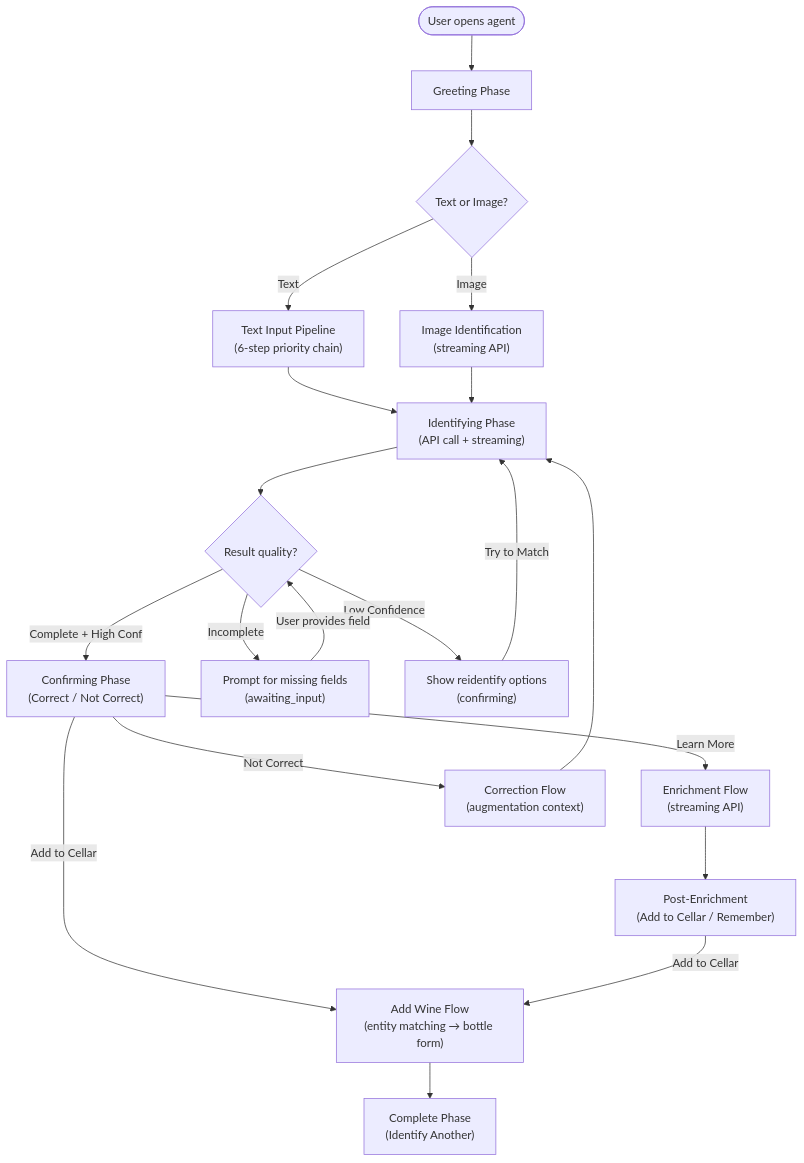
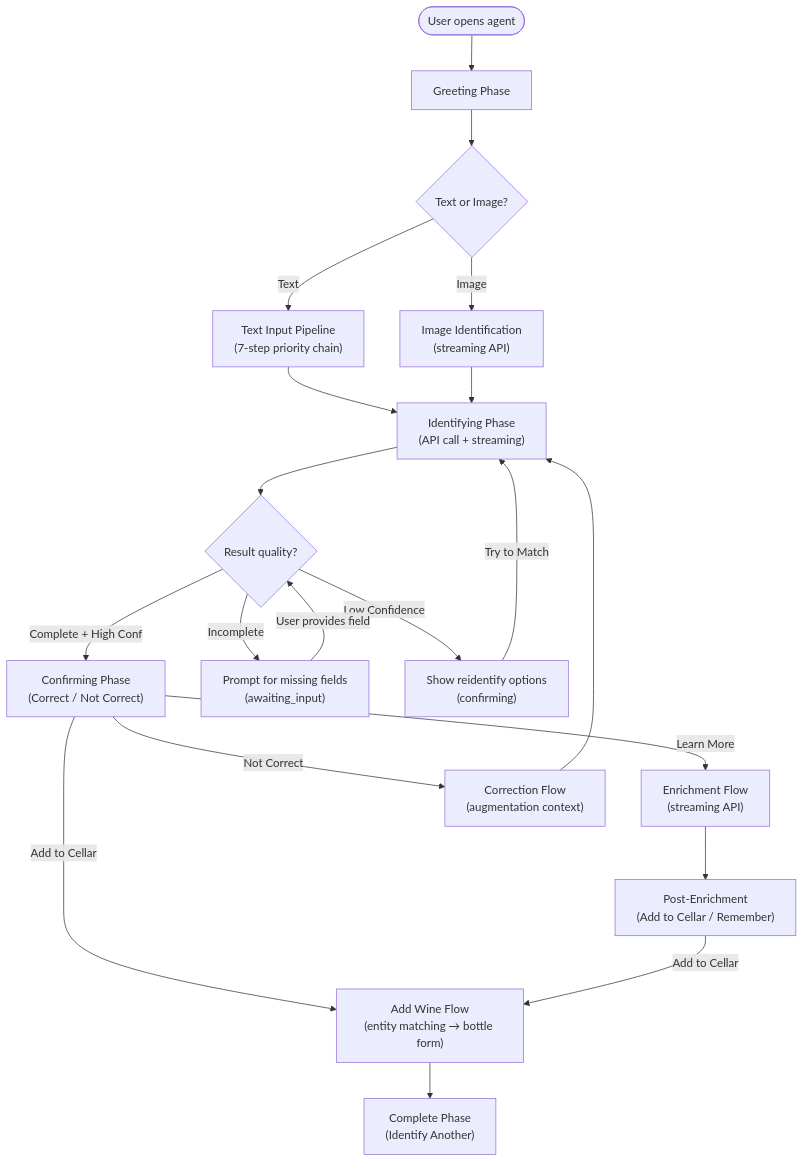
One commit to philhumber/wineApp changed the fifth of 5 diagrams in docs/AGENT_ARCHITECTURE.md. Above: the diagram before and after it, drawn with Mermaid. The commit also changed other lines of this file and 12 other files, not shown here.

````diff
--- a/docs/AGENT_ARCHITECTURE.md
+++ b/docs/AGENT_ARCHITECTURE.md
@@ -623,31 +631,31 @@
 ```mermaid
 flowchart TB
     Start([User opens agent]) --> Greeting[Greeting Phase]
     Greeting --> Input{Text or Image?}
 
-    Input -->|Text| TextPipeline["Text Input Pipeline<br/>(6-step priority chain)"]
+    Input -->|Text| TextPipeline["Text Input Pipeline<br/>(7-step priority chain)"]
     Input -->|Image| ImageID["Image Identification<br/>(streaming API)"]
 
     TextPipeline --> Identifying["Identifying Phase<br/>(API call + streaming)"]
     ImageID --> Identifying
 
     Identifying --> ResultCheck{Result quality?}
 
     ResultCheck -->|Complete + High Conf| Confirming["Confirming Phase<br/>(Correct / Not Correct)"]
     ResultCheck -->|Incomplete| FieldPrompts["Prompt for missing fields<br/>(awaiting_input)"]
     ResultCheck -->|Low Confidence| LowConf["Show reidentify options<br/>(confirming)"]
 
     FieldPrompts -->|User provides field| ResultCheck
     LowConf -->|Try to Match| Identifying
 
     Confirming -->|"Add to Cellar"| AddWine["Add Wine Flow<br/>(entity matching → bottle form)"]
     Confirming -->|"Learn More"| Enriching["Enrichment Flow<br/>(streaming API)"]
     Confirming -->|"Not Correct"| Correction["Correction Flow<br/>(augmentation context)"]
 
     Correction --> Identifying
 
     Enriching --> PostEnrich["Post-Enrichment<br/>(Add to Cellar / Remember)"]
     PostEnrich -->|"Add to Cellar"| AddWine
 
     AddWine --> Complete["Complete Phase<br/>(Identify Another)"]
 ```
````
